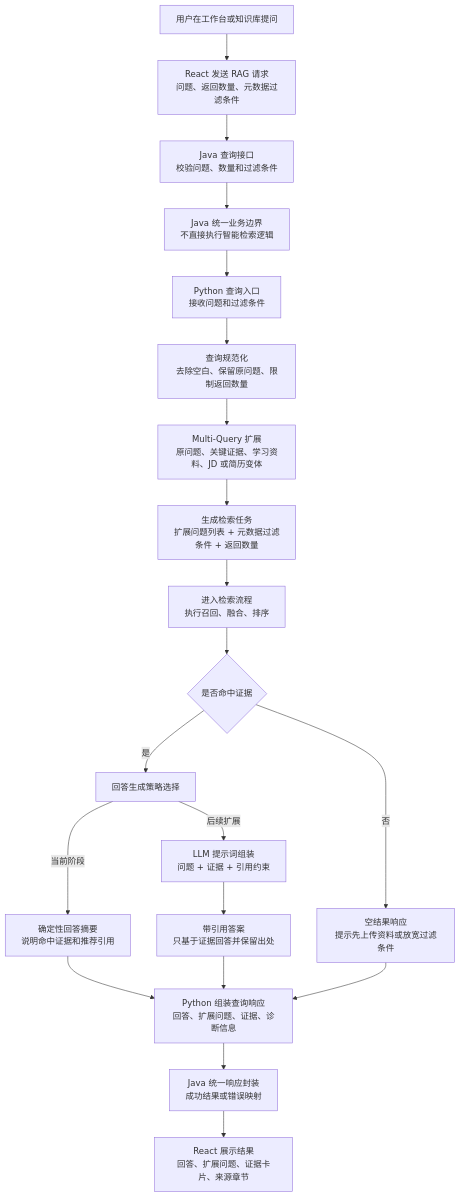
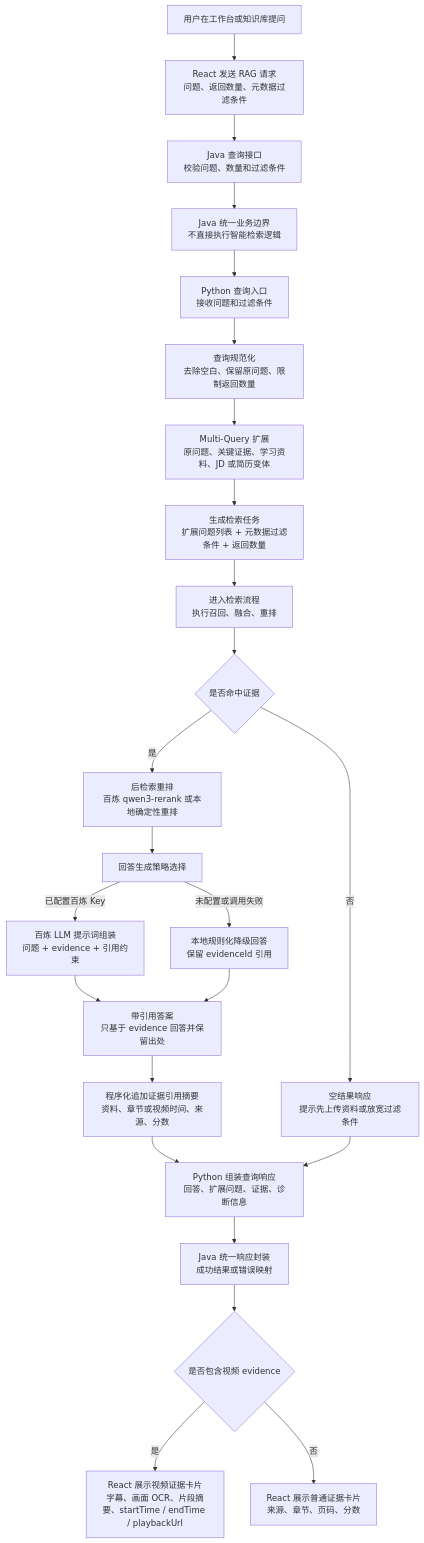
The fifth of 6 diagrams in README.md (HeWhenJay/Multimodal-RAG-Agent-Learning-Evidence-Platform), drawn with Mermaid before and after one commit. The commit also changed other lines of this file and 7 other files, not shown here.

````diff
--- a/README.md
+++ b/README.md
@@ -144,22 +191,26 @@
 ```mermaid
 flowchart TD
     B0["用户在工作台或知识库提问"] --> B1["React 发送 RAG 请求<br/>问题、返回数量、元数据过滤条件"]
     B1 --> B2["Java 查询接口<br/>校验问题、数量和过滤条件"]
     B2 --> B3["Java 统一业务边界<br/>不直接执行智能检索逻辑"]
     B3 --> B4["Python 查询入口<br/>接收问题和过滤条件"]
     B4 --> B5["查询规范化<br/>去除空白、保留原问题、限制返回数量"]
     B5 --> B6["Multi-Query 扩展<br/>原问题、关键证据、学习资料、JD 或简历变体"]
     B6 --> B7["生成检索任务<br/>扩展问题列表 + 元数据过滤条件 + 返回数量"]
-    B7 --> B8["进入检索流程<br/>执行召回、融合、排序"]
+    B7 --> B8["进入检索流程<br/>执行召回、融合、重排"]
     B8 --> B9{"是否命中证据"}
     B9 -->|"否"| B10["空结果响应<br/>提示先上传资料或放宽过滤条件"]
-    B9 -->|"是"| B11["回答生成策略选择"]
-    B11 -->|"当前阶段"| B12["确定性回答摘要<br/>说明命中证据和推荐引用"]
-    B11 -->|"后续扩展"| B13["LLM 提示词组装<br/>问题 + 证据 + 引用约束"]
-    B13 --> B14["带引用答案<br/>只基于证据回答并保留出处"]
-    B12 --> B15["Python 组装查询响应<br/>回答、扩展问题、证据、诊断信息"]
+    B9 -->|"是"| B11["后检索重排<br/>百炼 qwen3-rerank 或本地确定性重排"]
+    B11 --> B12["回答生成策略选择"]
+    B12 -->|"已配置百炼 Key"| B13["百炼 LLM 提示词组装<br/>问题 + evidence + 引用约束"]
+    B12 -->|"未配置或调用失败"| B14["本地规则化降级回答<br/>保留 evidenceId 引用"]
+    B13 --> B15["带引用答案<br/>只基于 evidence 回答并保留出处"]
     B14 --> B15
-    B10 --> B15
-    B15 --> B16["Java 统一响应封装<br/>成功结果或错误映射"]
-    B16 --> B17["React 展示结果<br/>回答、扩展问题、证据卡片、来源章节"]
+    B15 --> B16["程序化追加证据引用摘要<br/>资料、章节或视频时间、来源、分数"]
+    B16 --> B17["Python 组装查询响应<br/>回答、扩展问题、证据、诊断信息"]
+    B10 --> B17
+    B17 --> B18["Java 统一响应封装<br/>成功结果或错误映射"]
+    B18 --> B19{"是否包含视频 evidence"}
+    B19 -->|"是"| B20["React 展示视频证据卡片<br/>字幕、画面 OCR、片段摘要、startTime / endTime / playbackUrl"]
+    B19 -->|"否"| B21["React 展示普通证据卡片<br/>来源、章节、页码、分数"]
 ```
````
